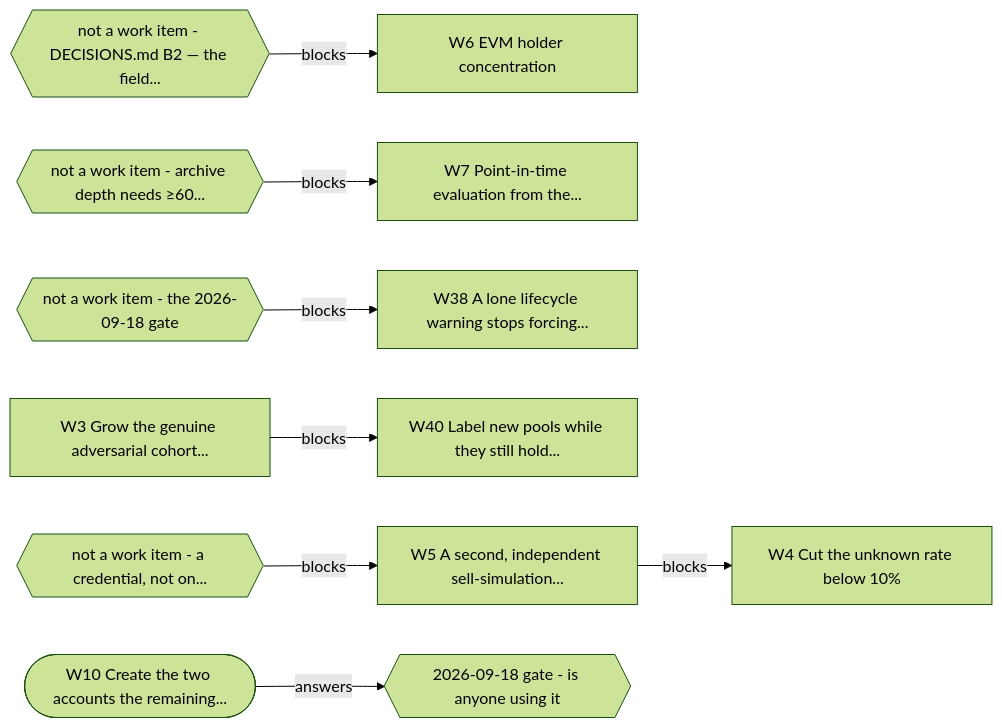
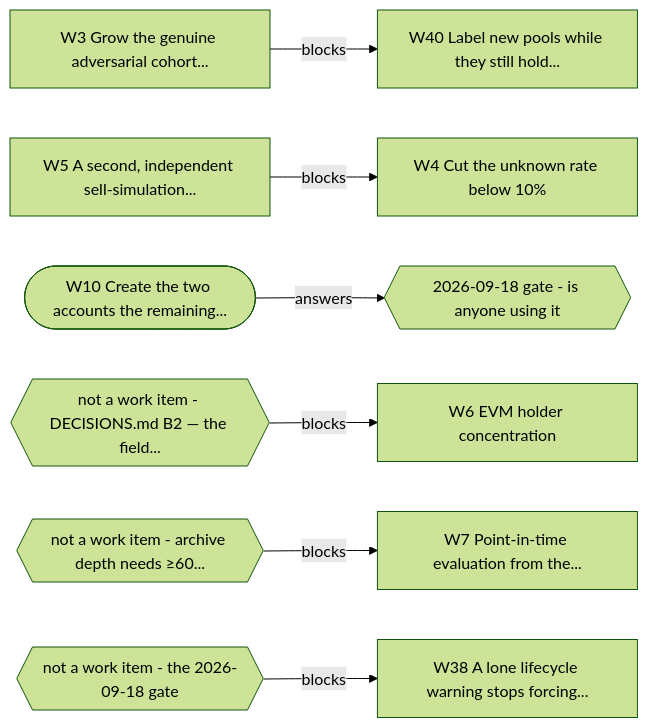
One commit to jakegu1/vetagent changed the second of 2 diagrams in docs/OWNER.md. Above: the diagram before and after it, drawn with Mermaid (forest theme). The commit also changed other lines of this file and 1 other file, not shown here.

````diff
--- a/docs/OWNER.md
+++ b/docs/OWNER.md
@@ -94,23 +94,21 @@
 ```mermaid
 flowchart LR
     W3[W3 Grow the genuine adversarial cohort...]
     W4[W4 Cut the unknown rate below 10%]
     W6[W6 EVM holder concentration]
     W7[W7 Point-in-time evaluation from the...]
     W38[W38 A lone lifecycle warning stops forcing...]
     W40[W40 Label new pools while they still hold...]
     W5[W5 A second, independent sell-simulation...]
     W10([W10 Create the two accounts the remaining...])
     E1{{not a work item - DECISIONS.md B2 — the field...}}
     E2{{not a work item - archive depth needs ≥60...}}
     E3{{not a work item - the 2026-09-18 gate}}
-    E4{{not a work item - a credential, not on...}}
     GATE{{2026-09-18 gate - is anyone using it}}
     W5 -->|blocks| W4
     E1 -->|blocks| W6
     E2 -->|blocks| W7
     E3 -->|blocks| W38
     W3 -->|blocks| W40
-    E4 -->|blocks| W5
     W10 -->|answers| GATE
 ```
````
